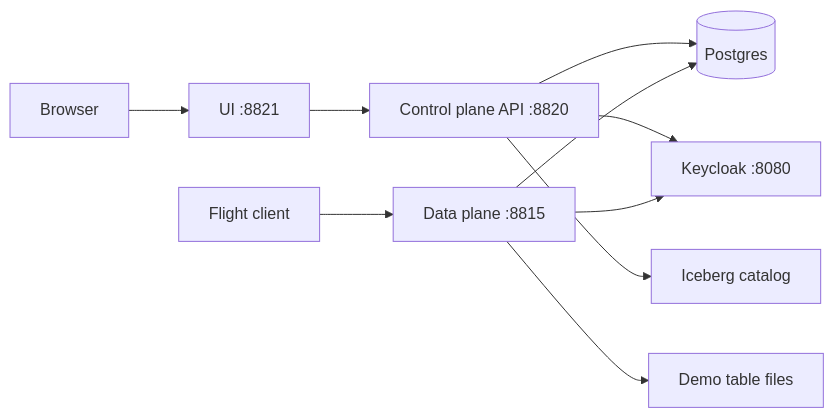
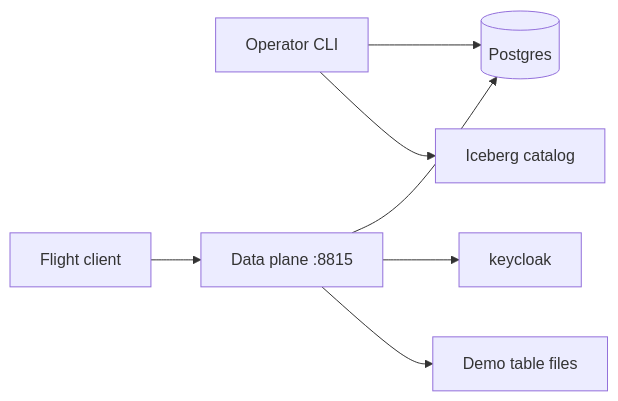
The diagram in docs/quickstart.md (snithish/dal-obscura), drawn with Mermaid before and after one commit. The commit also changed other lines of this file and 4 other files, not shown here.

````diff
--- a/docs/quickstart.md
+++ b/docs/quickstart.md
@@ -35,12 +35,9 @@
 ```mermaid
 flowchart LR
-    browser["Browser"] --> ui["UI :8821"]
-    ui --> api["Control plane API :8820"]
-    api --> db[("Postgres")]
-    api --> keycloak["Keycloak :8080"]
-    api --> catalog["Iceberg catalog"]
+    cli["Operator CLI"] --> db[("Postgres")]
+    cli --> catalog["Iceberg catalog"]
     client["Flight client"] --> dp["Data plane :8815"]
     dp --> db
     dp --> keycloak
     dp --> storage["Demo table files"]
 ```
````
